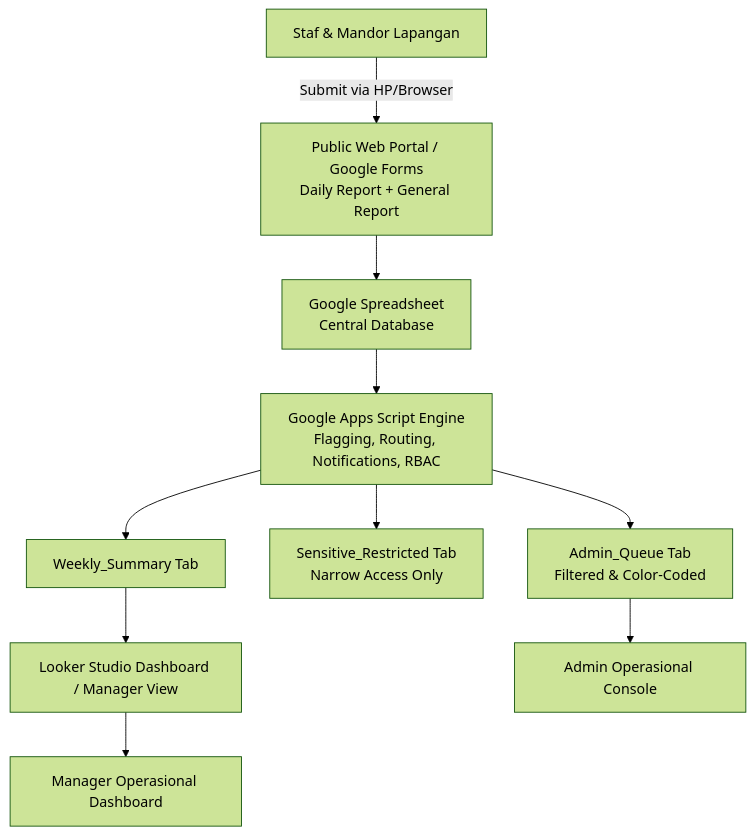
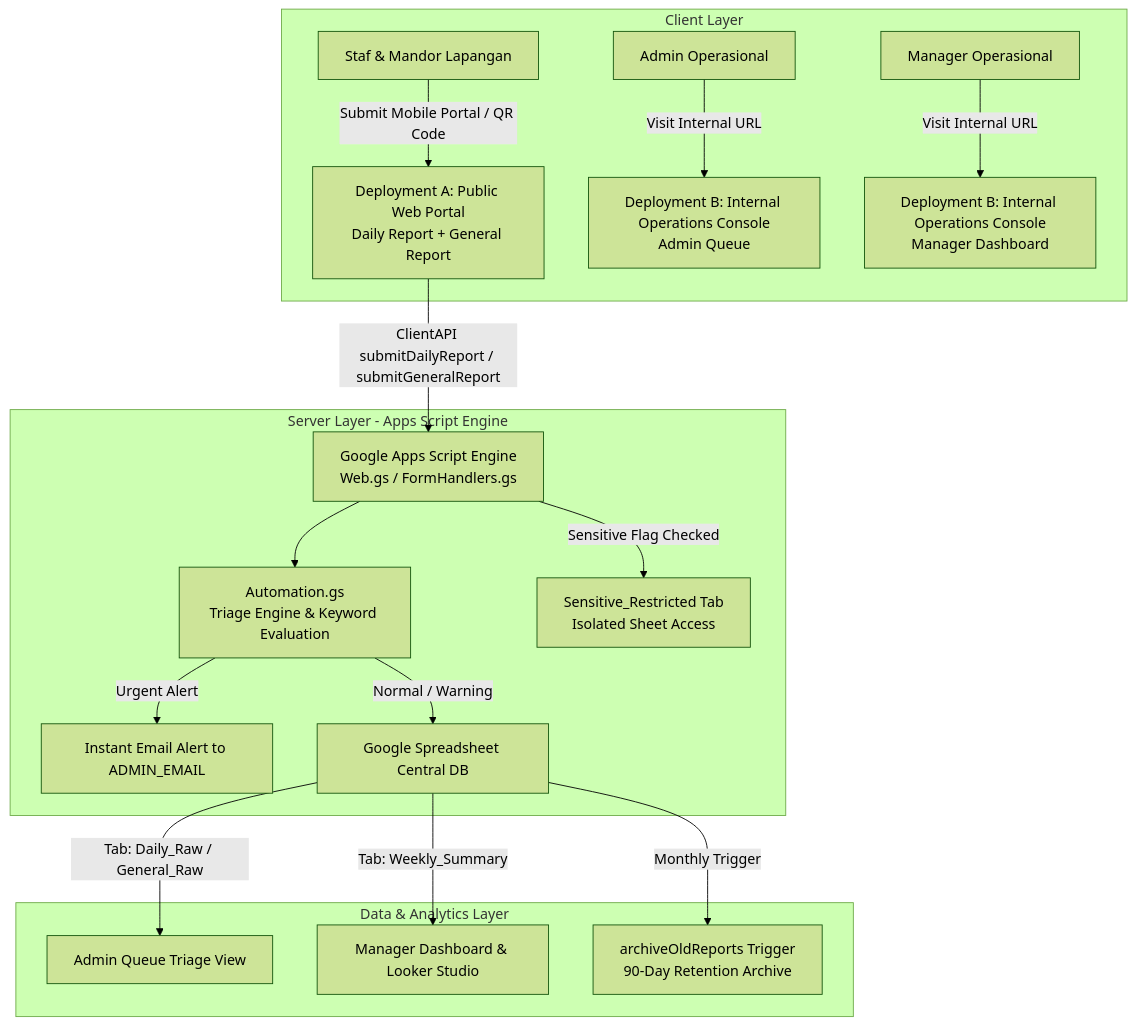
One commit to nathanpriandi/MPL_sistem_lapor changed the diagram in README.md. Above: the diagram before and after it, drawn with Mermaid (forest theme). The commit also changed other lines of this file and 1 other file, not shown here.

Commit message:
fix link access 4

````diff
--- a/README.md
+++ b/README.md
@@ -13,12 +14,22 @@
 ```mermaid
 flowchart TD
-    A[Staf & Mandor Lapangan] -->|Submit via HP/Browser| B[Public Web Portal / Google Forms<br/>Daily Report + General Report]
-    B --> C[Google Spreadsheet<br/>Central Database]
-    C --> D[Google Apps Script Engine<br/>Flagging, Routing, Notifications, RBAC]
-    D --> E[Admin_Queue Tab<br/>Filtered & Color-Coded]
-    D --> F[Sensitive_Restricted Tab<br/>Narrow Access Only]
-    D --> G[Weekly_Summary Tab]
-    G --> H[Looker Studio Dashboard / Manager View]
-    E --> I[Admin Operasional Console]
-    H --> J[Manager Operasional Dashboard]
+    subgraph Client Layer
+        A1[Staf & Mandor Lapangan] -->|Submit Mobile Portal / QR Code| B1[Deployment A: Public Web Portal<br/>Daily Report + General Report]
+        A2[Admin Operasional] -->|Visit Internal URL| B2[Deployment B: Internal Operations Console<br/>Admin Queue]
+        A3[Manager Operasional] -->|Visit Internal URL| B3[Deployment B: Internal Operations Console<br/>Manager Dashboard]
+    end
+
+    subgraph Server Layer - Apps Script Engine
+        B1 -->|ClientAPI submitDailyReport / submitGeneralReport| C[Google Apps Script Engine<br/>Web.gs / FormHandlers.gs]
+        C --> D[Automation.gs<br/>Triage Engine & Keyword Evaluation]
+        D -->|Urgent Alert| E1[Instant Email Alert to ADMIN_EMAIL]
+        D -->|Normal / Warning| E2[Google Spreadsheet Central DB]
+        C -->|Sensitive Flag Checked| F[Sensitive_Restricted Tab<br/>Isolated Sheet Access]
+    end
+
+    subgraph Data & Analytics Layer
+        E2 -->|Tab: Daily_Raw / General_Raw| G1[Admin Queue Triage View]
+        E2 -->|Tab: Weekly_Summary| G2[Manager Dashboard & Looker Studio]
+        E2 -->|Monthly Trigger| H[archiveOldReports Trigger<br/>90-Day Retention Archive]
+    end
 ```
````
